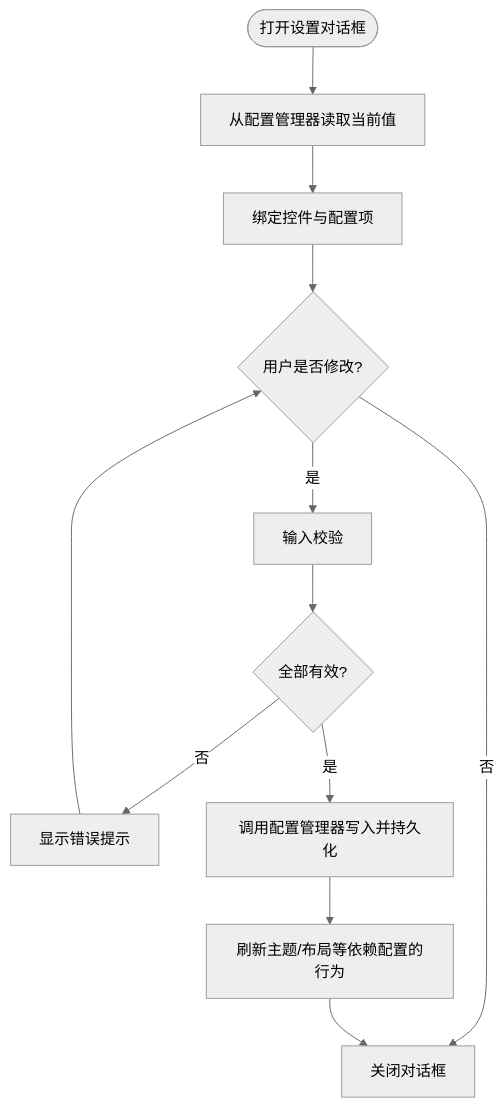
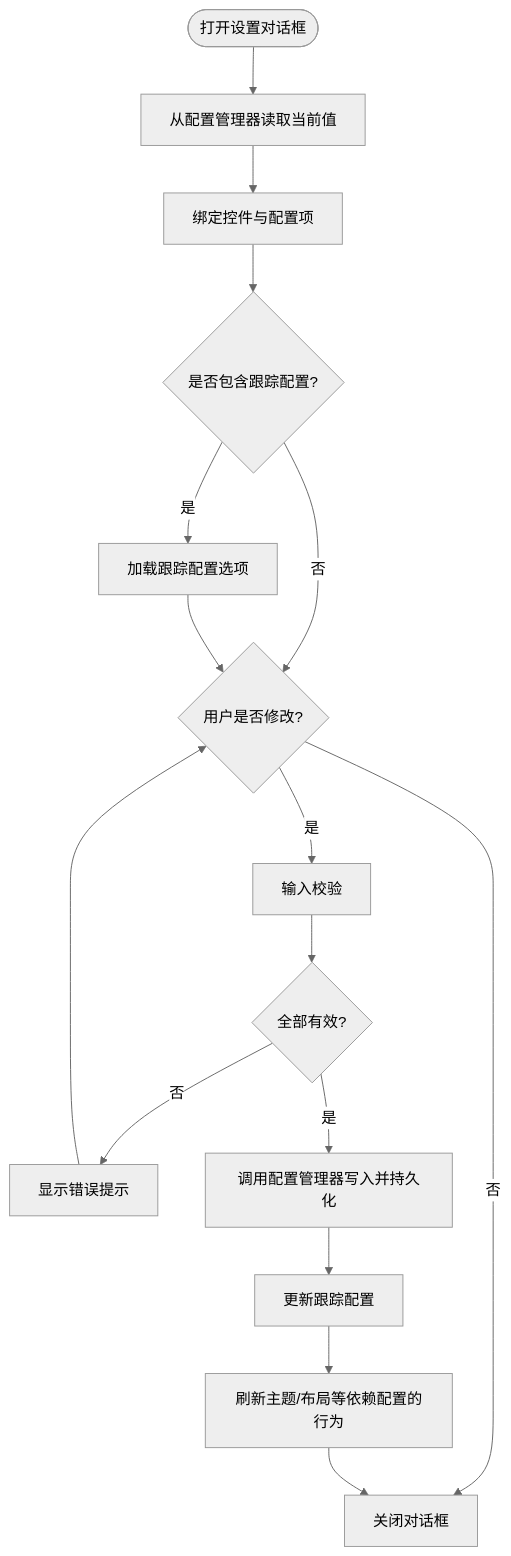
One commit to jakecai1225-design/OpenBus changed the fourth of 6 diagrams in .qoder/repowiki/zh/content/核心模块详解/配置管理系统.md. Above: the diagram before and after it, drawn with Mermaid (neutral theme). The commit also changed other lines of this file and 18 other files, not shown here.

````diff
--- a/.qoder/repowiki/zh/content/核心模块详解/配置管理系统.md
+++ b/.qoder/repowiki/zh/content/核心模块详解/配置管理系统.md
@@ -164,14 +213,18 @@
 ```mermaid
 flowchart TD
 Start(["打开设置对话框"]) --> Load["从配置管理器读取当前值"]
 Load --> Bind["绑定控件与配置项"]
-Bind --> UserEdit{"用户是否修改?"}
+Bind --> TrackPanel{"是否包含跟踪配置?"}
+TrackPanel --> |是| LoadTrack["加载跟踪配置选项"]
+TrackPanel --> |否| UserEdit{"用户是否修改?"}
+LoadTrack --> UserEdit
 UserEdit --> |否| Close["关闭对话框"]
 UserEdit --> |是| Validate["输入校验"]
 Validate --> Valid{"全部有效?"}
 Valid --> |否| ShowError["显示错误提示"]
 ShowError --> UserEdit
 Valid --> |是| Save["调用配置管理器写入并持久化"]
-Save --> Refresh["刷新主题/布局等依赖配置的行为"]
+Save --> UpdateTrack["更新跟踪配置"]
+UpdateTrack --> Refresh["刷新主题/布局等依赖配置的行为"]
 Refresh --> Close
 ```
````
